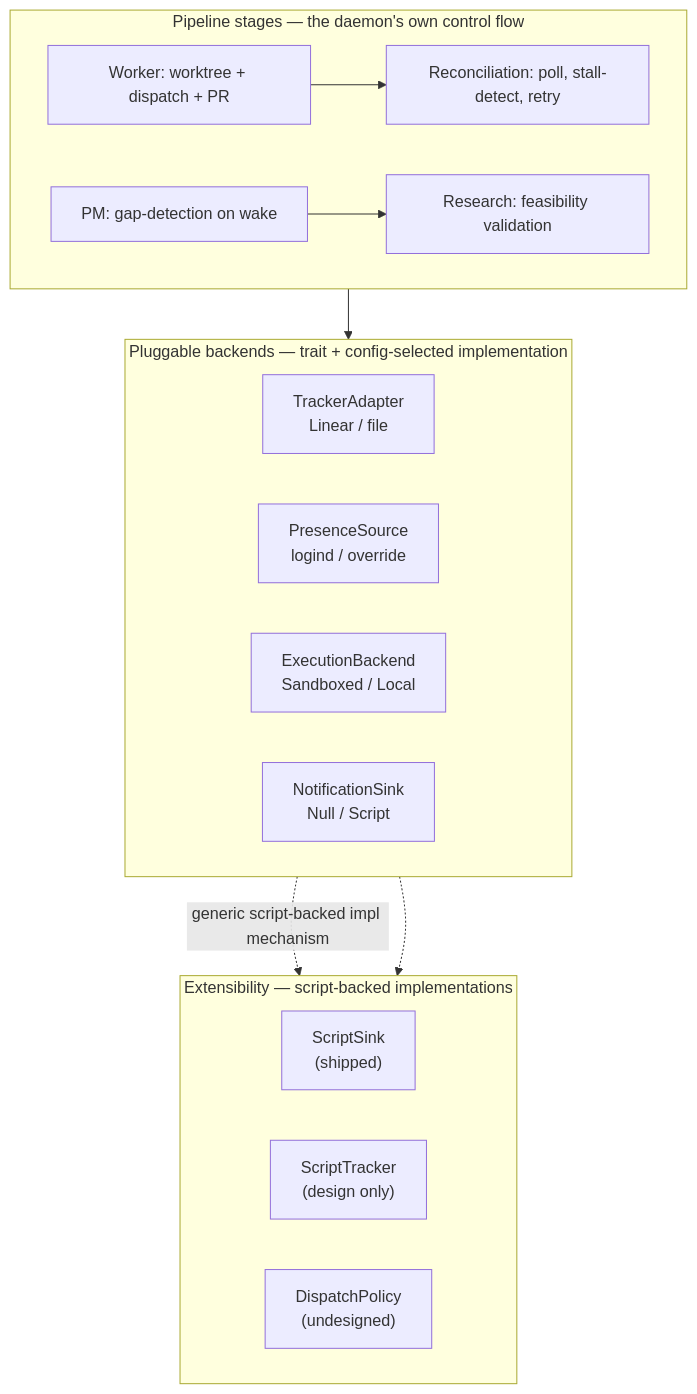
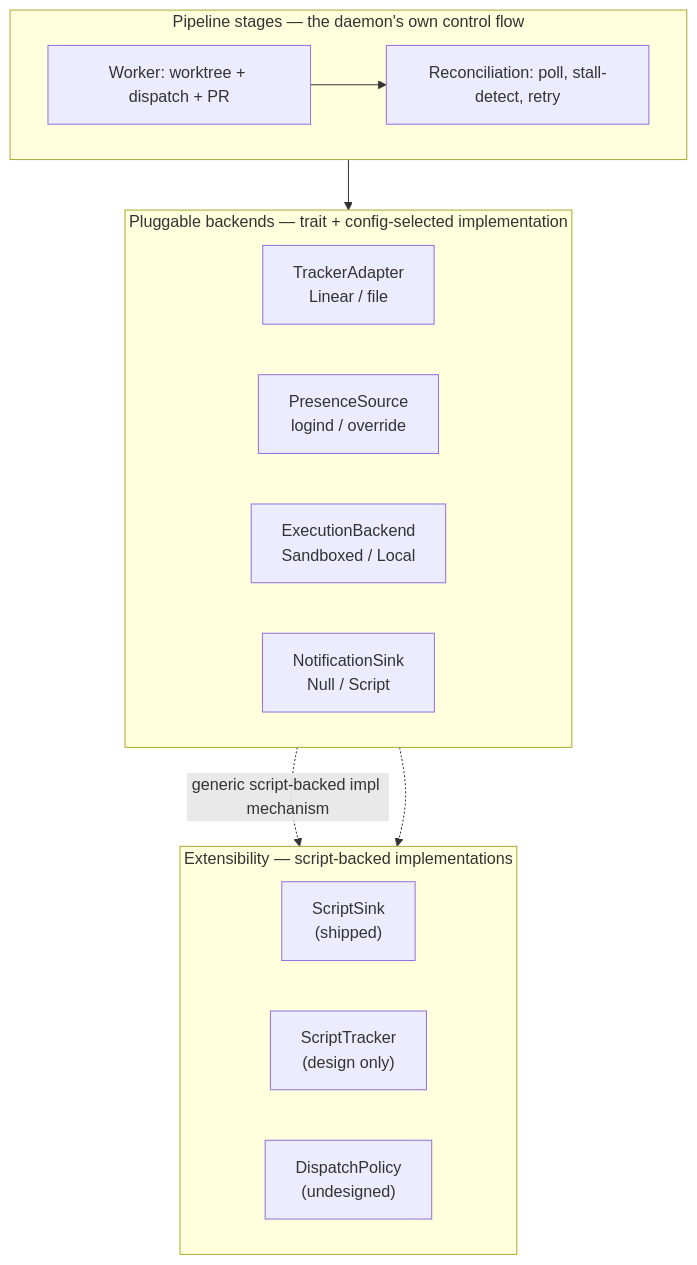
The diagram in docs/wiki/architecture/overview.md (drklee3/lucid), drawn with Mermaid before and after one commit. The commit also changed other lines of this file and 24 other files, not shown here.

````diff
--- a/docs/wiki/architecture/overview.md
+++ b/docs/wiki/architecture/overview.md
@@ -31,27 +30,26 @@
 ```mermaid
 flowchart TB
     subgraph pipeline["Pipeline stages — the daemon's own control flow"]
         direction LR
         worktree["Worker: worktree + dispatch + PR"] --> reconcile["Reconciliation: poll, stall-detect, retry"]
-        pm["PM: gap-detection on wake"] --> research["Research: feasibility validation"]
     end
 
     subgraph backends["Pluggable backends — trait + config-selected implementation"]
         direction LR
         tracker["TrackerAdapter\nLinear / file"]
         presence["PresenceSource\nlogind / override"]
         harness["ExecutionBackend\nSandboxed / Local"]
         notify["NotificationSink\nNull / Script"]
     end
 
     subgraph ext["Extensibility — script-backed implementations"]
         direction LR
         scriptsink["ScriptSink\n(shipped)"]
         scripttracker["ScriptTracker\n(design only)"]
         policy["DispatchPolicy\n(undesigned)"]
     end
 
     pipeline --> backends
     notify -.->|generic script-backed impl mechanism| ext
     tracker -.-> ext
 ```
````
